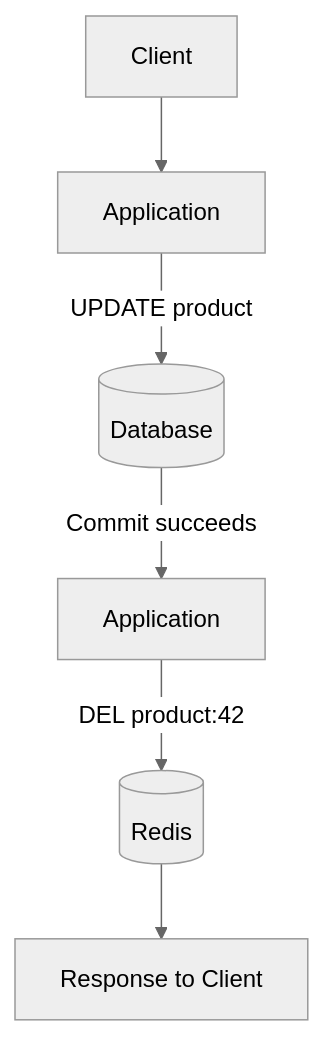
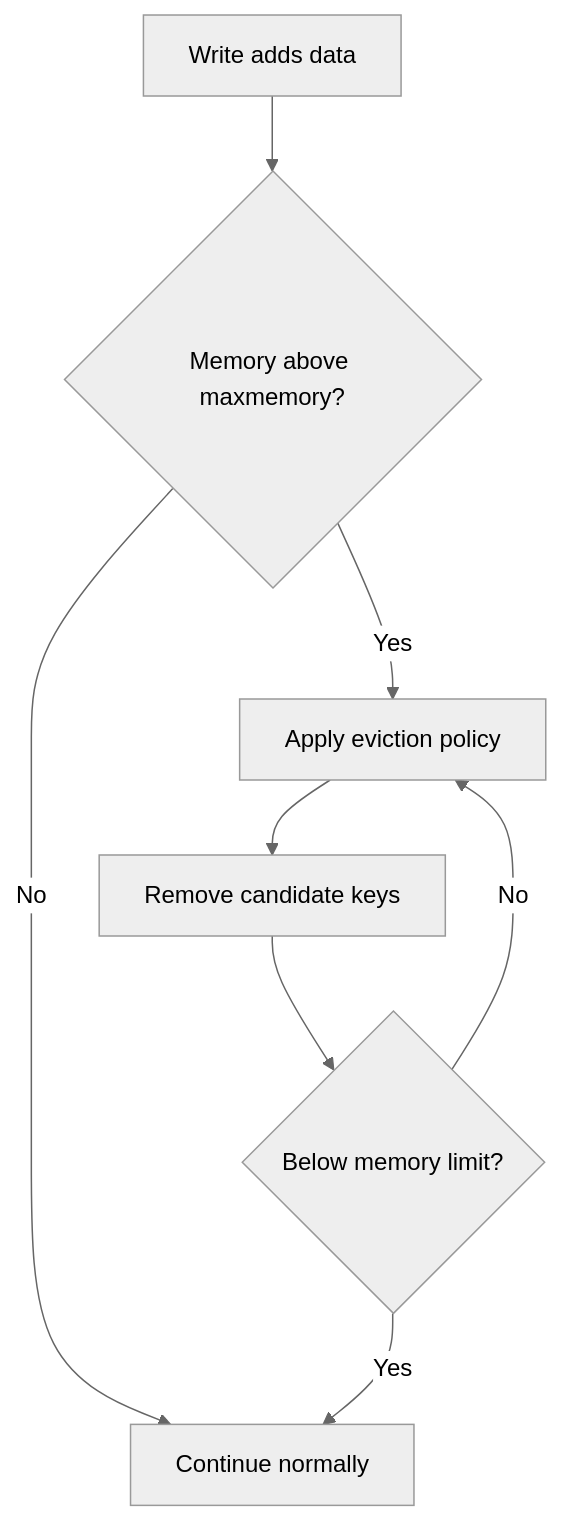
Before and after one commit to AvadhBhalodiya/Interview-Preparation: the third of 9 diagrams in src/content/caching/cache-strategies.md, drawn with Mermaid (neutral theme). The commit also changed other lines of this file and 54 other files, not shown here.

````diff
--- a/src/content/caching/cache-strategies.md
+++ b/src/content/caching/cache-strategies.md
@@ -153,8 +264,10 @@
 ```mermaid
 flowchart TD
-    C[Client] --> A[Application]
-    A -->|UPDATE product| D[(Database)]
-    D -->|Commit succeeds| A2[Application]
-    A2 -->|"DEL product:42"| R[(Redis)]
-    R --> RESP[Response to Client]
+    A[Write adds data] --> B{Memory above maxmemory?}
+    B -->|No| C[Continue normally]
+    B -->|Yes| D[Apply eviction policy]
+    D --> E[Remove candidate keys]
+    E --> F{Below memory limit?}
+    F -->|No| D
+    F -->|Yes| C
 ```
````
